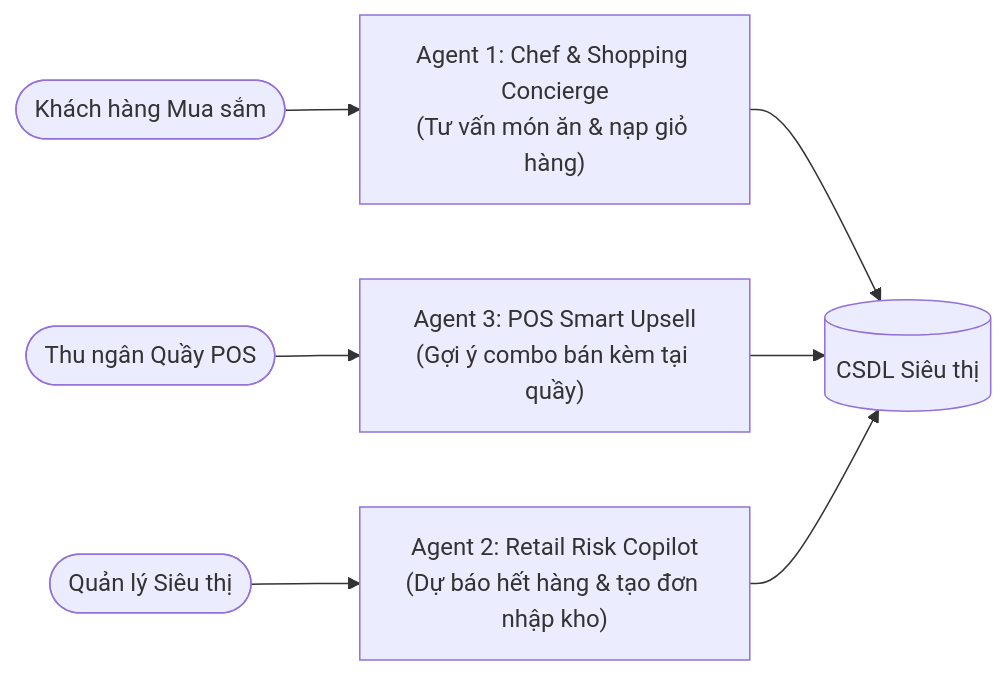
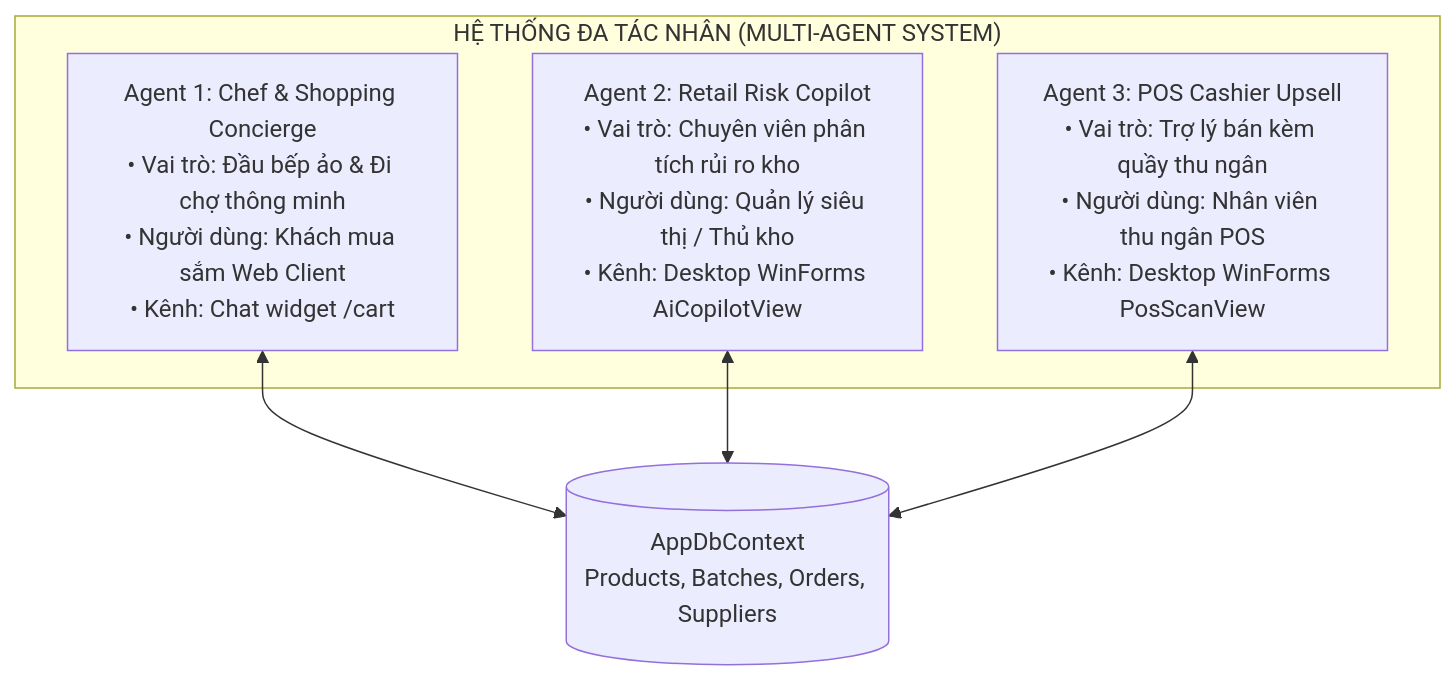
The first of 2 diagrams in docs/10_AI/02_Agent_Design.md (huykhang666/smart-supermarket), drawn with Mermaid before and after one commit. The commit also changed other lines of this file and 10 other files, not shown here.

````diff
--- a/docs/10_AI/02_Agent_Design.md
+++ b/docs/10_AI/02_Agent_Design.md
@@ -21,10 +18,14 @@
 ```mermaid
-graph LR
-    User([Khách hàng Mua sắm]) --> Agent_Chef["Agent 1: Chef & Shopping Concierge<br/>(Tư vấn món ăn & nạp giỏ hàng)"]
-    Staff([Thu ngân Quầy POS]) --> Agent_POS["Agent 3: POS Smart Upsell<br/>(Gợi ý combo bán kèm tại quầy)"]
-    Manager([Quản lý Siêu thị]) --> Agent_Retail["Agent 2: Retail Risk Copilot<br/>(Dự báo hết hàng & tạo đơn nhập kho)"]
+graph TD
+    subgraph MultiAgentSystem["HỆ THỐNG ĐA TÁC NHÂN (MULTI-AGENT SYSTEM)"]
+        Agent1["Agent 1: Chef & Shopping Concierge<br/>• Vai trò: Đầu bếp ảo & Đi chợ thông minh<br/>• Người dùng: Khách mua sắm Web Client<br/>• Kênh: Chat widget /cart"]
+        Agent2["Agent 2: Retail Risk Copilot<br/>• Vai trò: Chuyên viên phân tích rủi ro kho<br/>• Người dùng: Quản lý siêu thị / Thủ kho<br/>• Kênh: Desktop WinForms AiCopilotView"]
+        Agent3["Agent 3: POS Cashier Upsell<br/>• Vai trò: Trợ lý bán kèm quầy thu ngân<br/>• Người dùng: Nhân viên thu ngân POS<br/>• Kênh: Desktop WinForms PosScanView"]
+    end
 
-    Agent_Chef --> CoreDB[(CSDL Siêu thị)]
-    Agent_POS --> CoreDB
-    Agent_Retail --> CoreDB
+    DB[(AppDbContext<br/>Products, Batches, Orders, Suppliers)]
+    
+    Agent1 <--> DB
+    Agent2 <--> DB
+    Agent3 <--> DB
 ```
````
